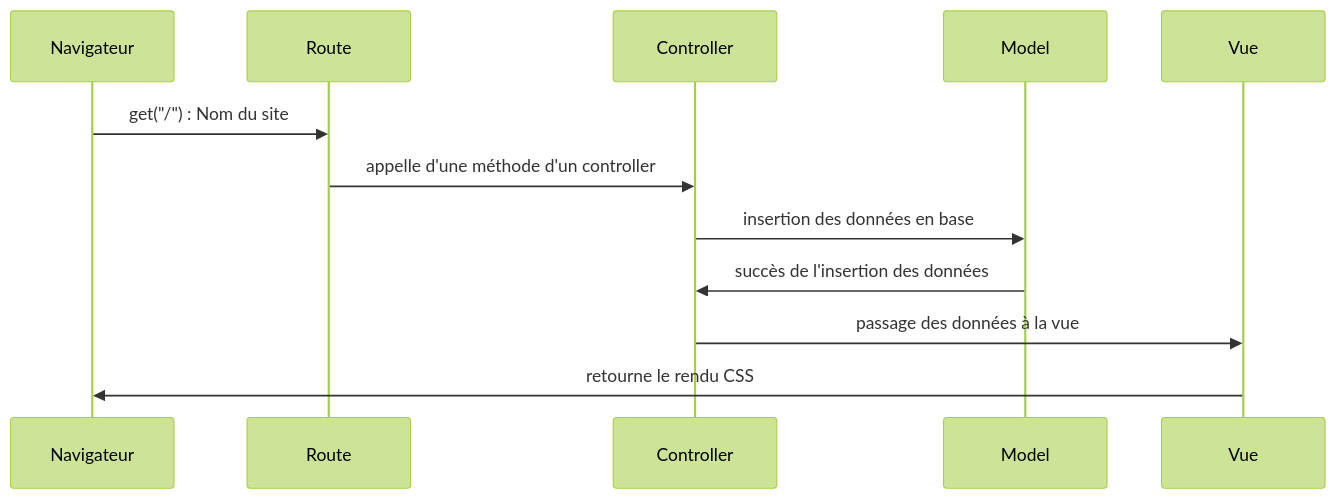
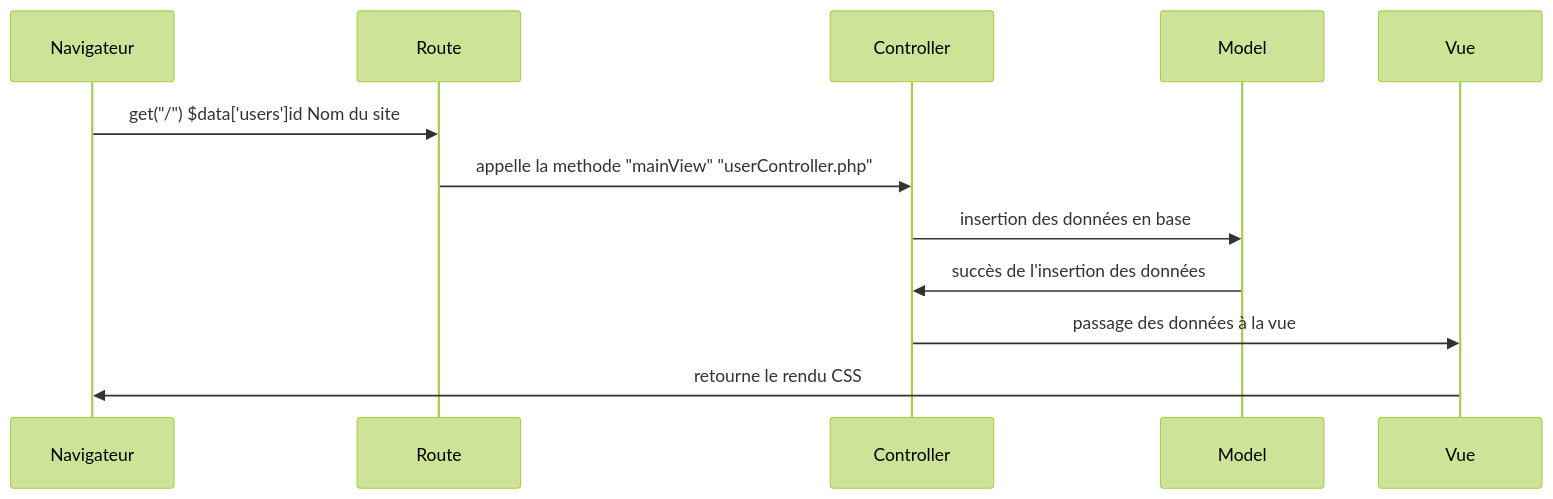
Before and after one commit to Colossus1985/Sprint-07: the first of 5 diagrams in README.md, drawn with Mermaid (forest theme). The commit also changed other lines of this file and 1 other file, not shown here.

Commit message:
mis a jour uml

````diff
--- a/README.md
+++ b/README.md
@@ -24,16 +5,16 @@
 ```mermaid
 sequenceDiagram
 participant Navigateur
 participant Route
 participant Controller
 participant Model
 participant Vue
 
-Navigateur->>Route: get("/") : Nom du site
-Route->>Controller: appelle d'une méthode d'un controller
+Navigateur->>Route: get("/") $data['users']id Nom du site
+Route->>Controller:appelle la methode "mainView" "userController.php"
 Controller->>Model: insertion des données en base
 Model->>Controller: succès de l'insertion des données
 Controller->>Vue: passage des données à la vue
 Vue->>Navigateur: retourne le rendu CSS
 
 ```
````
